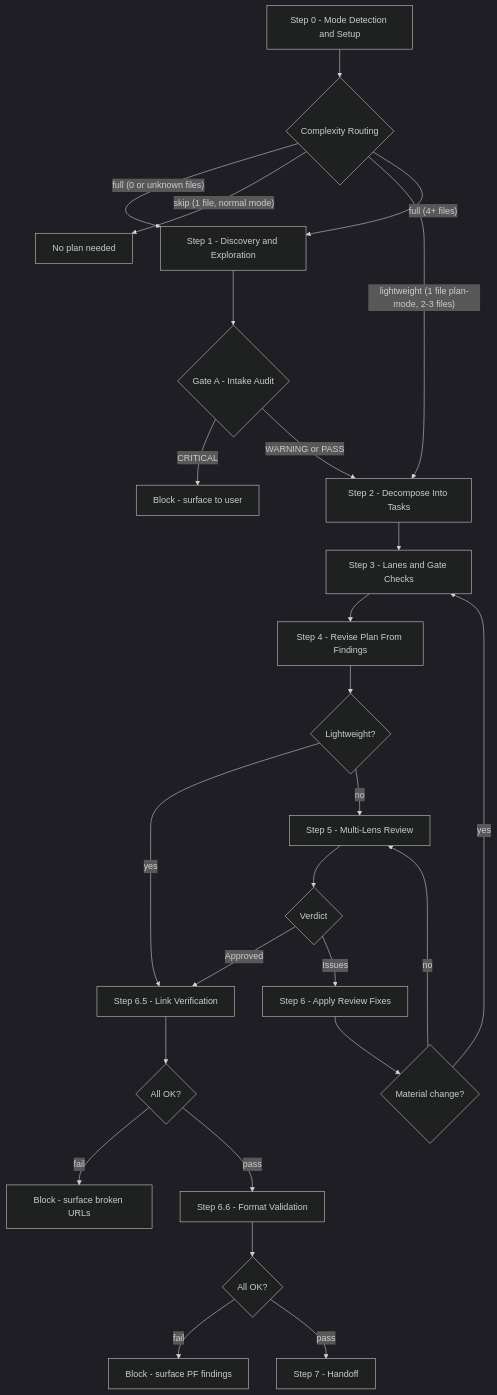
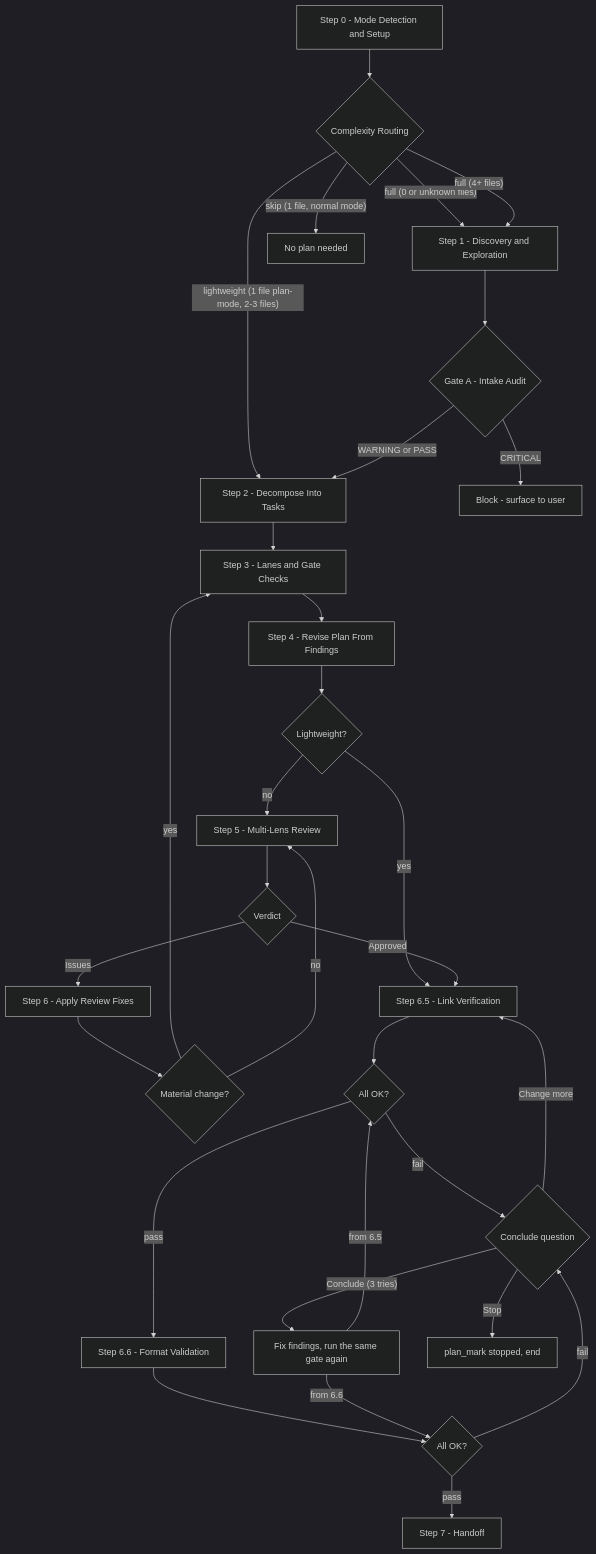
The first of 4 diagrams in docs/plan-architecture.md (rnagrodzki/sdlc-plugin), drawn with Mermaid (dark theme) before and after one commit. The commit also changed other lines of this file and 31 other files, not shown here.

First line of the commit message:
feat(plan): add conclude question and stopped run marker to plan skill (#111)

````diff
--- a/docs/plan-architecture.md
+++ b/docs/plan-architecture.md
@@ -124,41 +124,47 @@
 ```mermaid
 flowchart TD
     S0["Step 0 - Mode Detection and Setup"]
     S0 --> route{Complexity Routing}
     route -->|"full (0 or unknown files)"| S1
     route -->|"skip (1 file, normal mode)"| STOP["No plan needed"]
     route -->|"lightweight (1 file plan-mode, 2-3 files)"| S2
     route -->|"full (4+ files)"| S1
 
     S1["Step 1 - Discovery and Exploration"]
     S1 --> gate_a{"Gate A - Intake Audit"}
     gate_a -->|CRITICAL| BLOCK1["Block - surface to user"]
     gate_a -->|WARNING or PASS| S2
 
     S2["Step 2 - Decompose Into Tasks"]
     S2 --> S3
 
     S3["Step 3 - Lanes and Gate Checks"]
     S3 --> S4["Step 4 - Revise Plan From Findings"]
     S4 --> lw_check{Lightweight?}
     lw_check -->|yes| S6_5
     lw_check -->|no| S5
 
     S5["Step 5 - Multi-Lens Review"]
     S5 --> verdict{Verdict}
     verdict -->|Approved| S6_5
     verdict -->|Issues| S6["Step 6 - Apply Review Fixes"]
     S6 --> material{"Material change?"}
     material -->|yes| S3
     material -->|no| S5
 
     S6_5["Step 6.5 - Link Verification"]
     S6_5 --> link_ok{All OK?}
-    link_ok -->|fail| BLOCK2["Block - surface broken URLs"]
+    link_ok -->|fail| CONCLUDE{Conclude question}
     link_ok -->|pass| S6_6
 
     S6_6["Step 6.6 - Format Validation"]
     S6_6 --> fmt_ok{All OK?}
-    fmt_ok -->|fail| BLOCK3["Block - surface PF findings"]
+    fmt_ok -->|fail| CONCLUDE
     fmt_ok -->|pass| S7["Step 7 - Handoff"]
+
+    CONCLUDE -->|"Conclude (3 tries)"| FIX["Fix findings, run the same gate again"]
+    FIX -->|from 6.5| link_ok
+    FIX -->|from 6.6| fmt_ok
+    CONCLUDE -->|Change more| S6_5
+    CONCLUDE -->|Stop| STOPPED["plan_mark stopped, end"]
 ```
````
